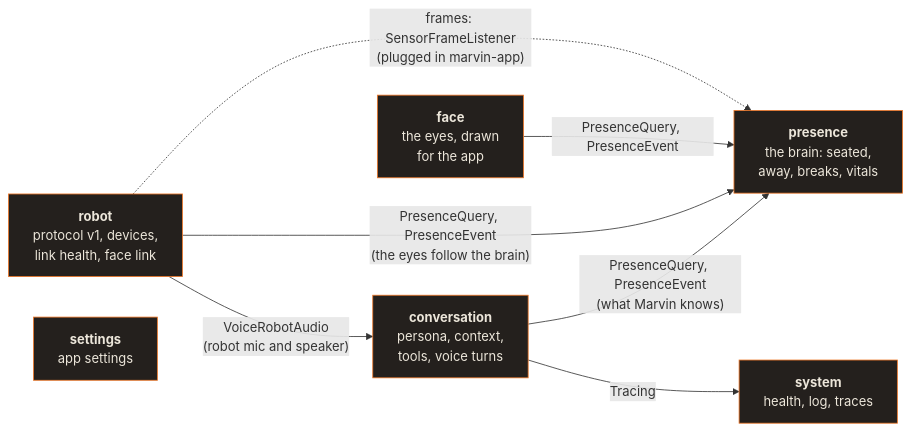
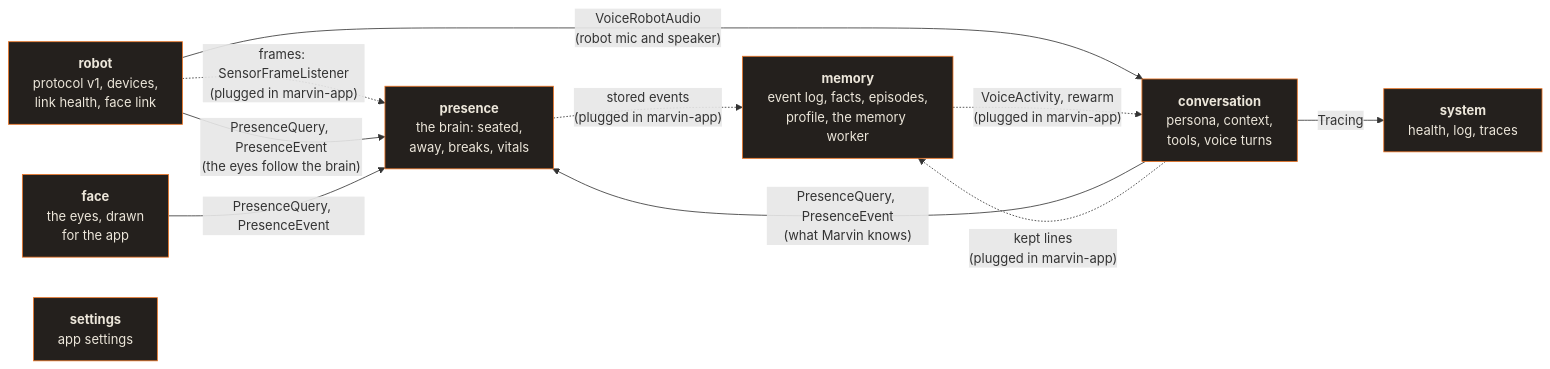
Before and after one commit to SebastienTr/Marvin: the third of 5 diagrams in host-java/README.md, drawn with Mermaid. The commit also changed other lines of this file and 125 other files, not shown here.

````diff
--- a/host-java/README.md
+++ b/host-java/README.md
@@ -128,19 +131,24 @@
 ```mermaid
 flowchart LR
     robot["<b>robot</b><br/>protocol v1, devices,<br/>link health, face link"]
     presence["<b>presence</b><br/>the brain: seated,<br/>away, breaks, vitals"]
     conversation["<b>conversation</b><br/>persona, context,<br/>tools, voice turns"]
     face["<b>face</b><br/>the eyes, drawn<br/>for the app"]
     settings["<b>settings</b><br/>app settings"]
+    memory["<b>memory</b><br/>event log, facts, episodes,<br/>profile, the memory worker"]
     system["<b>system</b><br/>health, log, traces"]
 
     robot -. "frames: SensorFrameListener<br/>(plugged in marvin-app)" .-> presence
     robot -- "PresenceQuery, PresenceEvent<br/>(the eyes follow the brain)" --> presence
     robot -- "VoiceRobotAudio<br/>(robot mic and speaker)" --> conversation
     conversation -- "PresenceQuery, PresenceEvent<br/>(what Marvin knows)" --> presence
     face -- "PresenceQuery, PresenceEvent" --> presence
     conversation -- "Tracing" --> system
 
     classDef ctx fill:#24201d,stroke:#ee7626,color:#ece6da
-    class robot,presence,conversation,face,settings,system ctx
+    memory -. "VoiceActivity, rewarm<br/>(plugged in marvin-app)" .-> conversation
+    conversation -. "kept lines<br/>(plugged in marvin-app)" .-> memory
+    presence -. "stored events<br/>(plugged in marvin-app)" .-> memory
+
+    class robot,presence,conversation,face,settings,system,memory ctx
 ```
````
